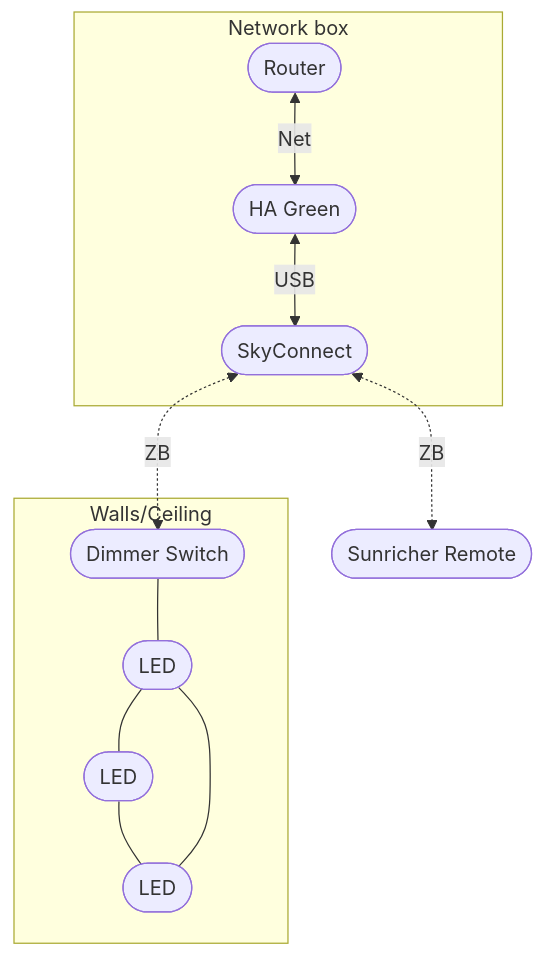
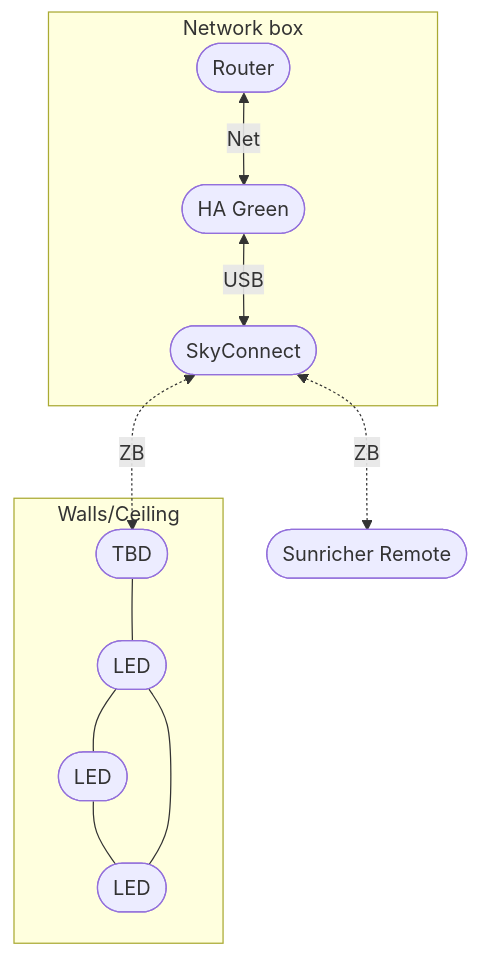
The diagram in content/note/connected-home-switches.md (freenandes/topo-da-mente), drawn with Mermaid before and after one commit.

Commit message:
Dec 14, 2023, 10:32 PM

````diff
--- a/content/note/connected-home-switches.md
+++ b/content/note/connected-home-switches.md
@@ -53,13 +53,13 @@
 ```mermaid
 flowchart TB
 subgraph nwb[Network box]
     iro([Router]) <--Net-->
     has([HA Green]) <--USB-->
     sky([SkyConnect])
 end
 sky <-.ZB.-> szr([Sunricher Remote])
+subgraph con[Walls/Ceiling]
+    dsw([TBD]) --- ll1([LED]) --- ll2([LED]) --- ll3([LED]) --- ll1
+end 
 sky <-.ZB.-> dsw
-subgraph con[Walls/Ceiling]
-    dsw([Dimmer Switch]) --- ll1([LED]) --- ll2([LED]) --- ll3([LED]) --- ll1
-end 
 ```
````
